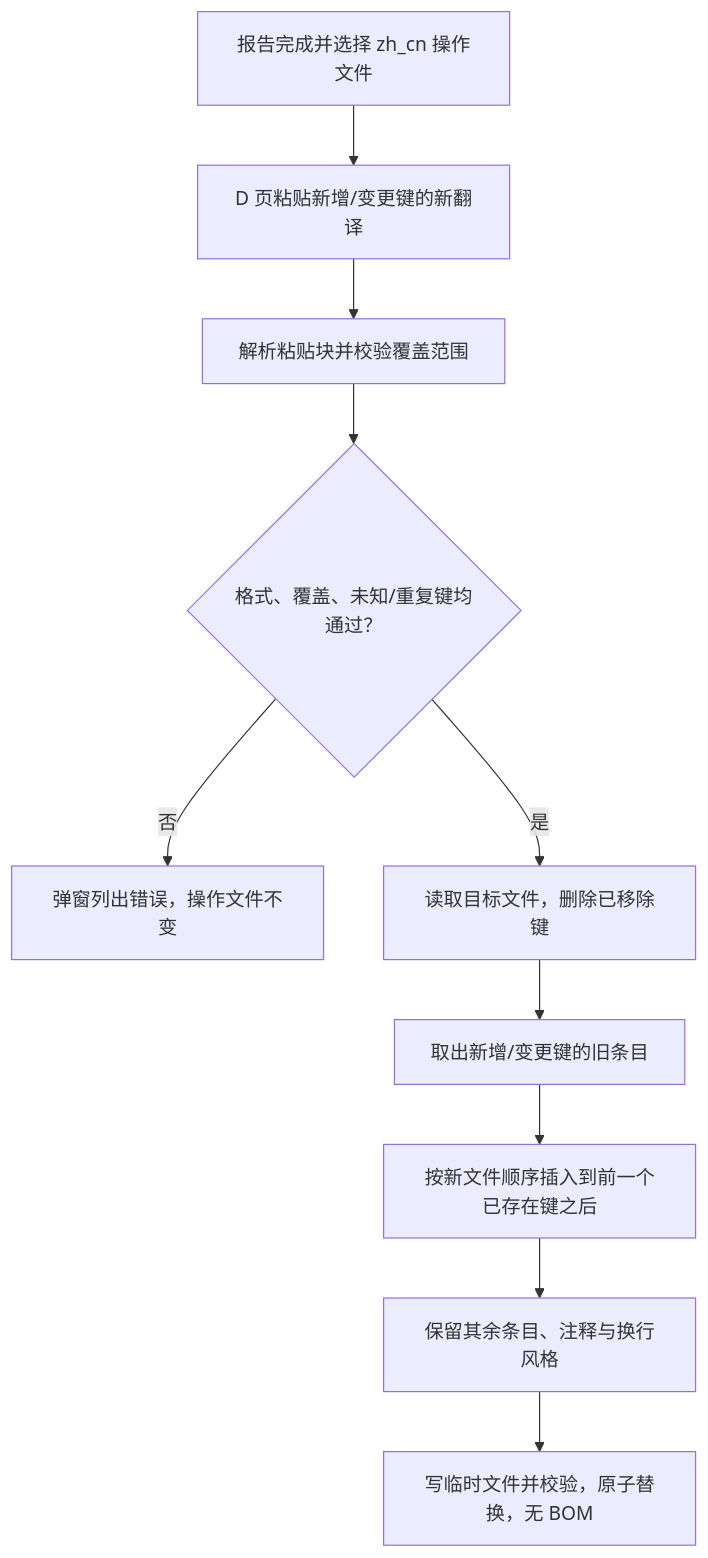
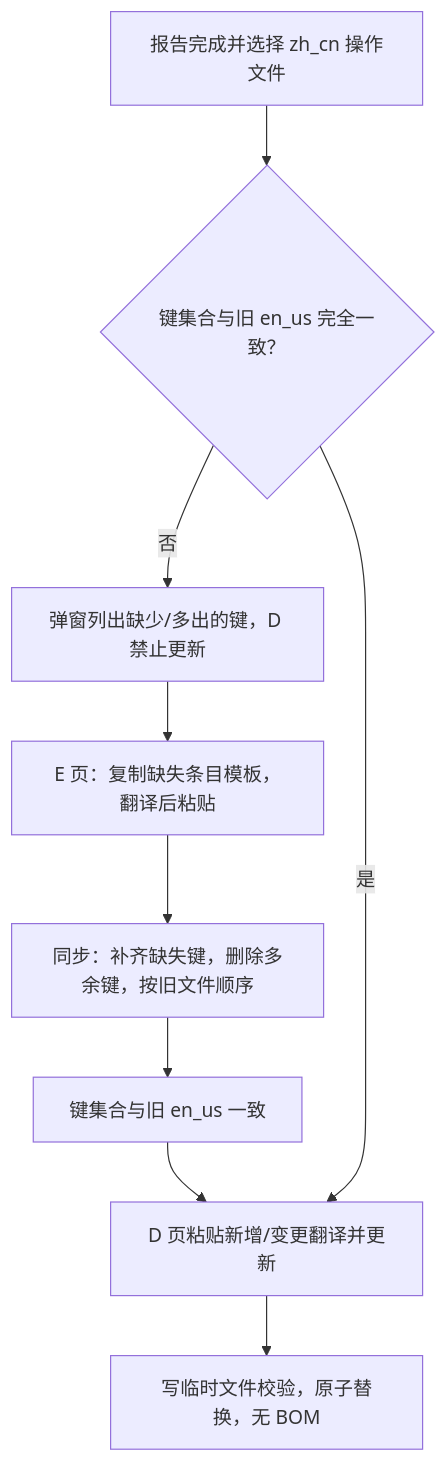
The second of 3 diagrams in README.md (Mr-J-D-J/MCLangDiff), drawn with Mermaid before and after one commit. The commit also changed other lines of this file and 7 other files, not shown here.

````diff
--- a/README.md
+++ b/README.md
@@ -230,12 +255,11 @@
 ```mermaid
 flowchart TD
-    A["报告完成并选择 zh_cn 操作文件"] --> B["D 页粘贴新增/变更键的新翻译"]
-    B --> C["解析粘贴块并校验覆盖范围"]
-    C --> D{"格式、覆盖、未知/重复键均通过？"}
-    D -- "否" --> E["弹窗列出错误，操作文件不变"]
-    D -- "是" --> F["读取目标文件，删除已移除键"]
-    F --> G["取出新增/变更键的旧条目"]
-    G --> H["按新文件顺序插入到前一个已存在键之后"]
-    H --> I["保留其余条目、注释与换行风格"]
-    I --> J["写临时文件并校验，原子替换，无 BOM"]
+    A["报告完成并选择 zh_cn 操作文件"] --> B{"键集合与旧 en_us 完全一致？"}
+    B -- "否" --> C["弹窗列出缺少/多出的键，D 禁止更新"]
+    C --> D["E 页：复制缺失条目模板，翻译后粘贴"]
+    D --> E["同步：补齐缺失键，删除多余键，按旧文件顺序"]
+    E --> F["键集合与旧 en_us 一致"]
+    F --> G["D 页粘贴新增/变更翻译并更新"]
+    B -- "是" --> G
+    G --> H["写临时文件校验，原子替换，无 BOM"]
 ```
````
